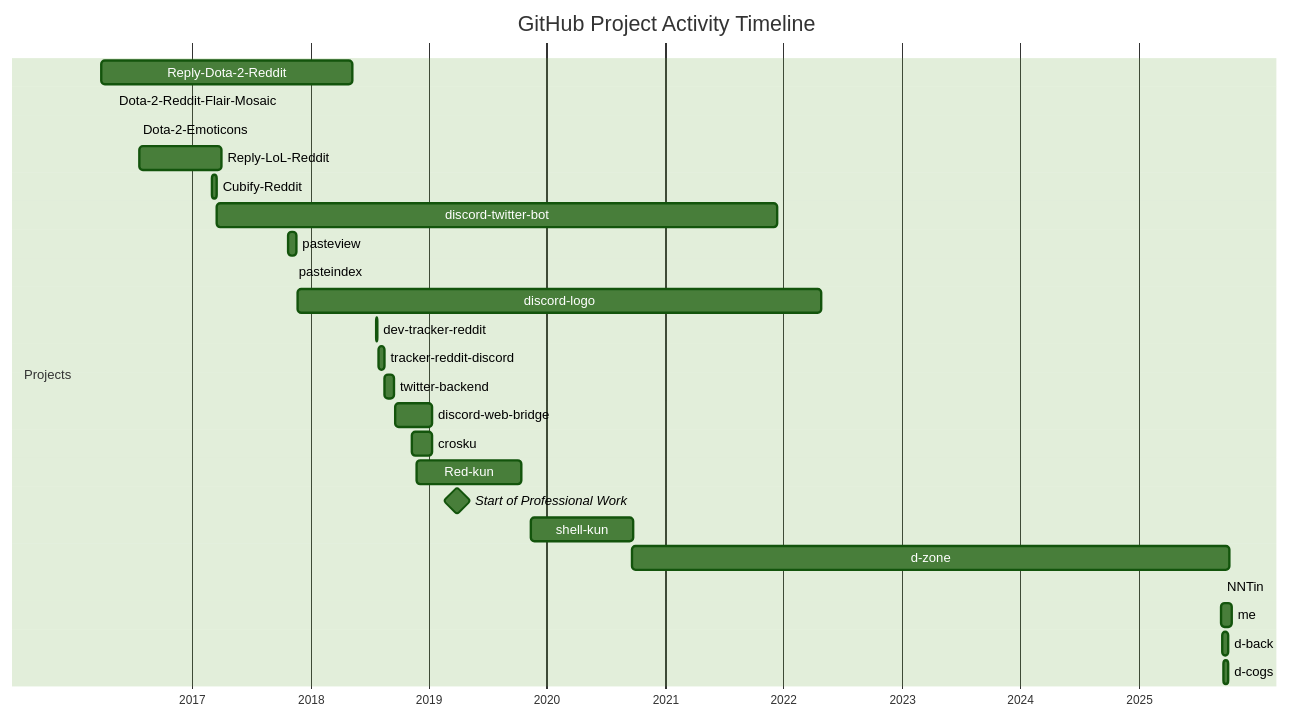
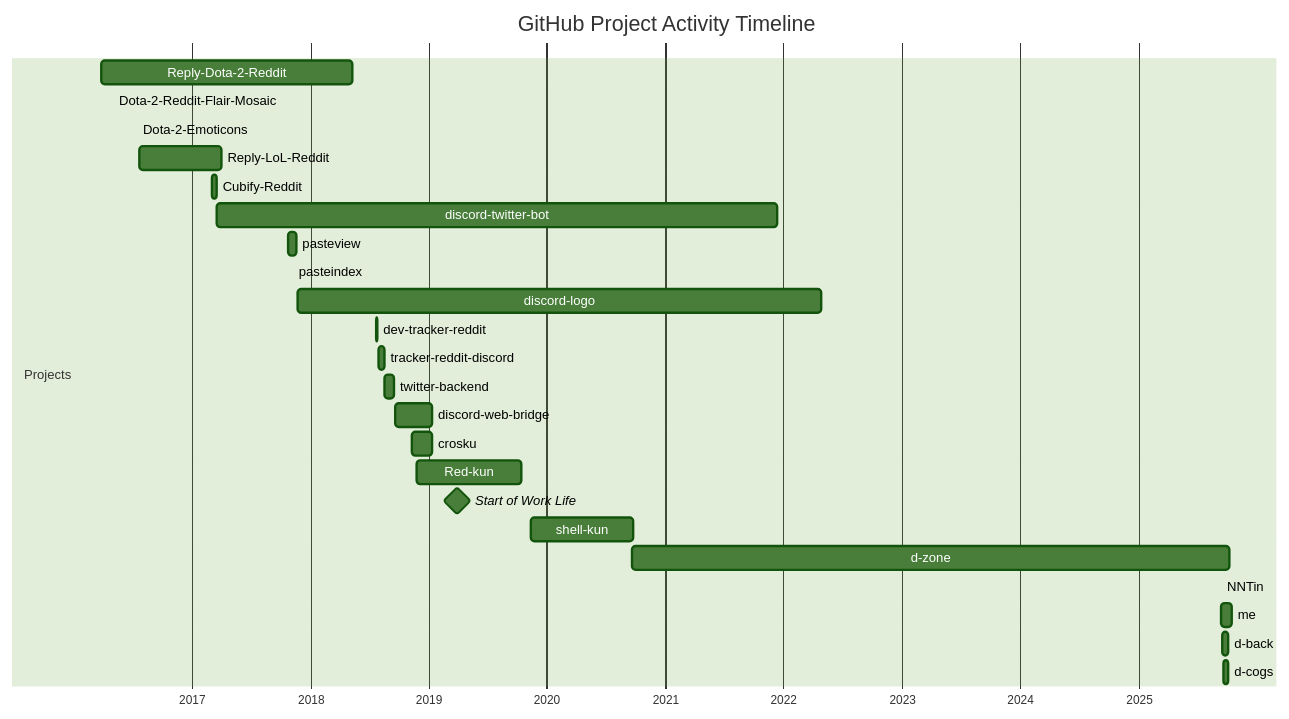
Before and after one commit to NNTin/me: the diagram in _projects/projects.md, drawn with Mermaid (forest theme). The commit also changed other lines of this file and 3 other files, not shown here.

```diff
--- a/_projects/projects.md
+++ b/_projects/projects.md
@@ -8,30 +8,30 @@
 <div class="mermaid">
 gantt
     title GitHub Project Activity Timeline
     dateFormat  YYYY-MM-DD
     axisFormat  %Y
 
     section Projects
     Reply-Dota-2-Reddit     :rdr, 2016-03-27, 2018-05-10
     Dota-2-Reddit-Flair-Mosaic :dfm, 2016-05-01, 2016-05-03
     Dota-2-Emoticons        :de, 2016-07-16, 2016-07-16
     Reply-LoL-Reddit        :rlr, 2016-07-24, 2017-04-02
     Cubify-Reddit           :cr, 2017-03-04, 2017-03-19
     discord-twitter-bot     :dtb, 2017-03-20, 2021-12-12
     pasteview               :pv, 2017-10-24, 2017-11-20
     pasteindex              :pi, 2017-11-10, 2017-11-10
     discord-logo            :dl, 2017-11-24, 2022-04-26
     dev-tracker-reddit      :dtr, 2018-07-25, 2018-07-26
     tracker-reddit-discord  :trd, 2018-07-31, 2018-08-17
     twitter-backend         :tb, 2018-08-18, 2018-09-16
     discord-web-bridge      :dwb, 2018-09-20, 2019-01-11
     crosku                  :ck, 2018-11-11, 2019-01-12
     Red-kun                 :rk, 2018-11-27, 2019-10-13
-    Start of Professional Work :milestone, ps, 2019-04-01, 0d
+    Start of Work Life      :milestone, ps, 2019-04-01, 0d
     shell-kun               :sk, 2019-11-15, 2020-09-23
     d-zone                  :dz, 2020-09-19, 2025-10-10
     NNTin                   :nn, 2025-09-13, 2025-09-13
     me                      :me, 2025-09-14, 2025-10-16
     d-back                  :db, 2025-09-17, 2025-10-05
     d-cogs                  :dc, 2025-09-20, 2025-10-05
 </div>
```
